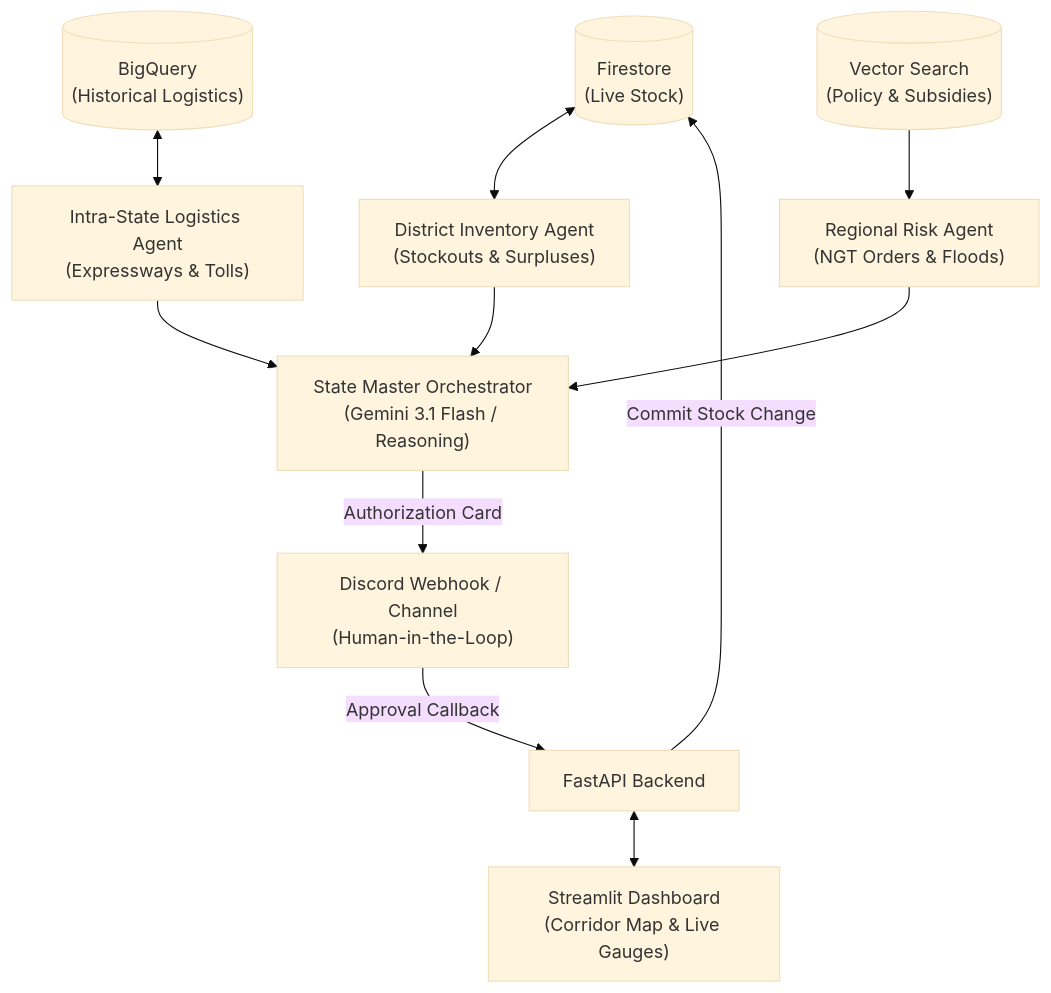
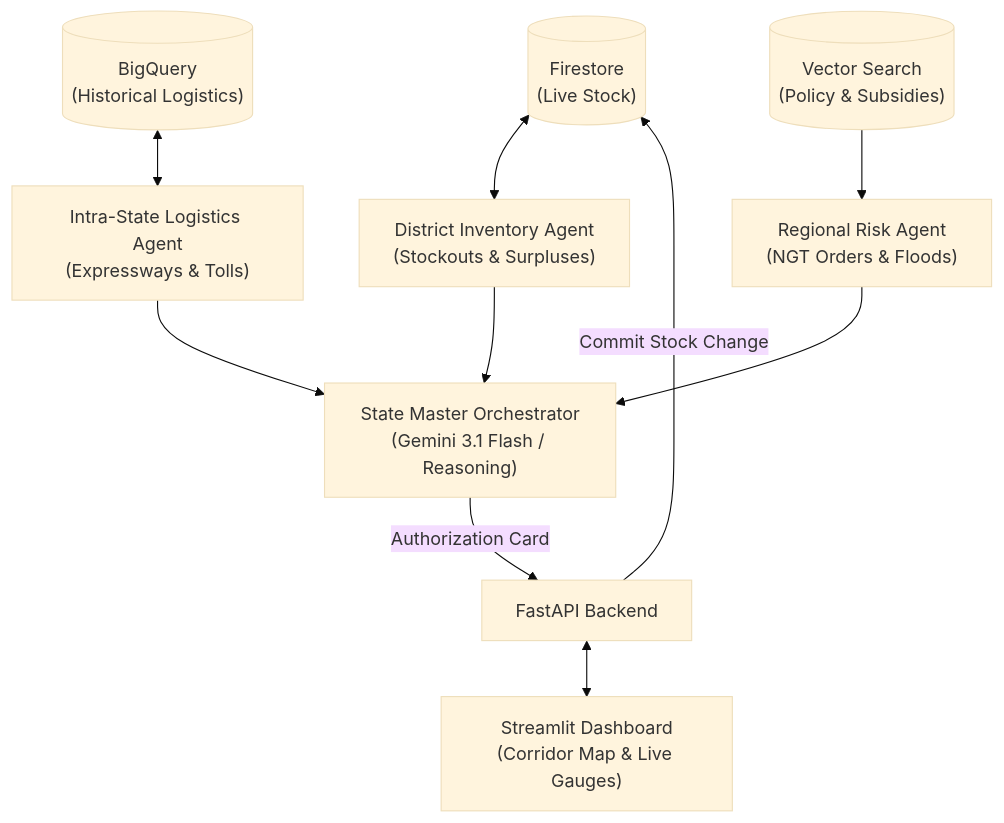
One commit to mohdakmal3468/TAN-IX changed the diagram in README.md. Above: the diagram before and after it, drawn with Mermaid (base theme). The commit also changed other lines of this file and 21 other files, not shown here.

````diff
--- a/README.md
+++ b/README.md
@@ -26,15 +38,15 @@
 ```mermaid
 flowchart TD
     FS[("Firestore\n(Live Stock)")] <--> IA["District Inventory Agent\n(Stockouts & Surpluses)"]
     BQ[("BigQuery\n(Historical Logistics)")] <--> LA["Intra-State Logistics Agent\n(Expressways & Tolls)"]
     VS[("Vector Search\n(Policy & Subsidies)")] --> RA["Regional Risk Agent\n(NGT Orders & Floods)"]
     
     IA --> MO["State Master Orchestrator\n(Gemini 3.1 Flash / Reasoning)"]
     LA --> MO
     RA --> MO
 
-    MO -->|Authorization Card| DISCORD["Discord Webhook / Channel\n(Human-in-the-Loop)"]
-    DISCORD -->|Approval Callback| API["FastAPI Backend"]
+    MO -->|Authorization Card| API["FastAPI Backend"]
     API -->|Commit Stock Change| FS
     API <--> UI["Streamlit Dashboard\n(Corridor Map & Live Gauges)"]
+
 ```
````
